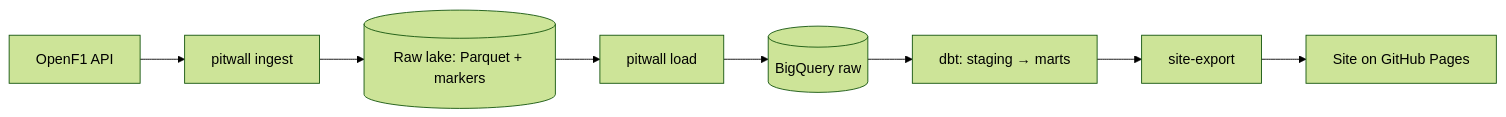
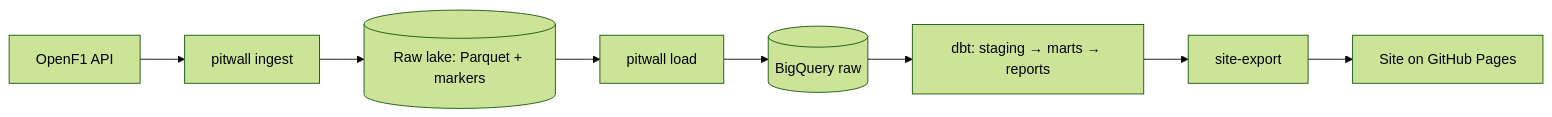
One commit to TomasRipsky/pitwall changed the diagram in README.md. Above: the diagram before and after it, drawn with Mermaid (forest theme). The commit also changed other lines of this file and 30 other files, not shown here.

````diff
--- a/README.md
+++ b/README.md
@@ -9,5 +9,5 @@
 ```mermaid
 flowchart LR
   api[OpenF1 API] --> ingest[pitwall ingest] --> lake[(Raw lake: Parquet + markers)]
-  lake --> load[pitwall load] --> bq[(BigQuery raw)] --> dbt[dbt: staging → marts] --> export[site-export] --> site[Site on GitHub Pages]
+  lake --> load[pitwall load] --> bq[(BigQuery raw)] --> dbt[dbt: staging → marts → reports] --> export[site-export] --> site[Site on GitHub Pages]
 ```
````
